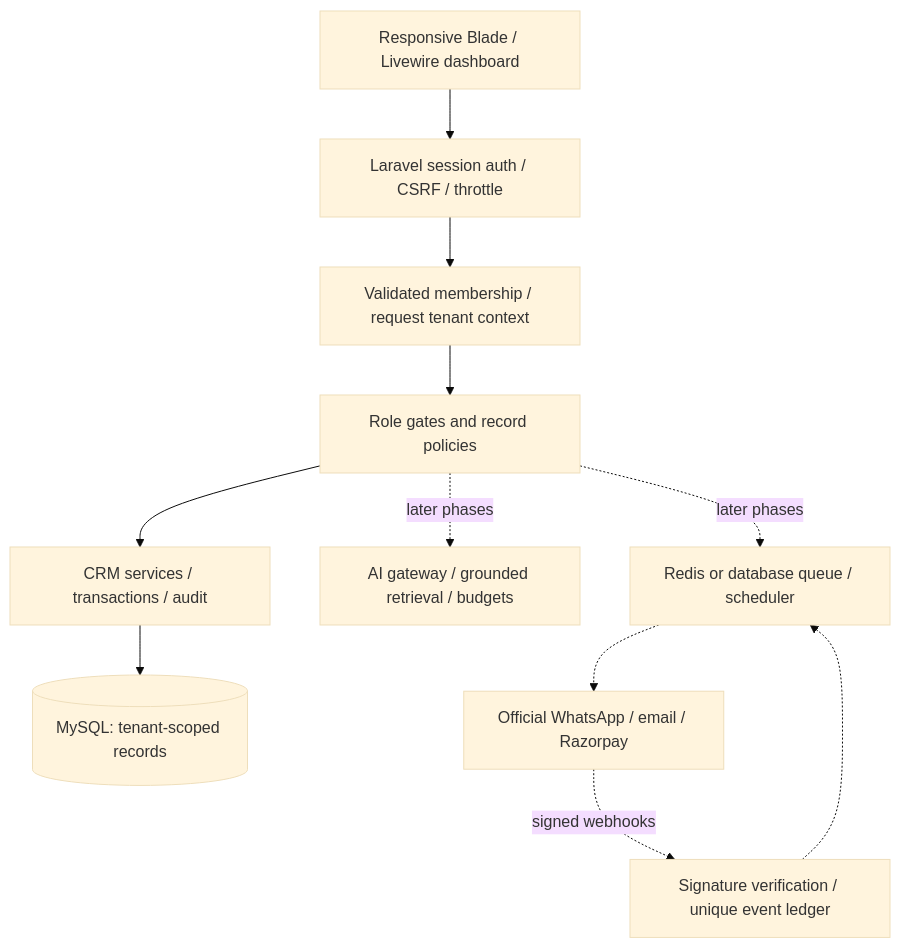
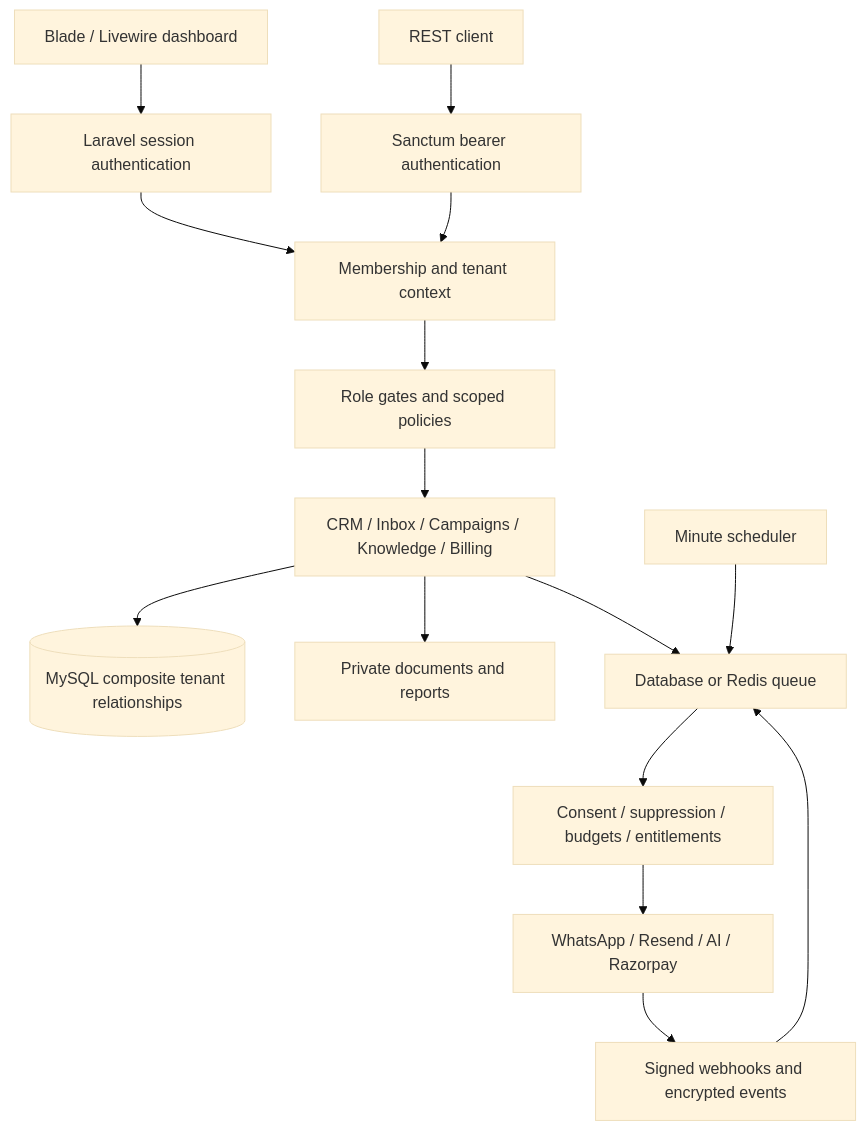
Before and after one commit to rj31portfolio/whatappai: the diagram in docs/ARCHITECTURE.md, drawn with Mermaid (base theme). The commit also changed other lines of this file and 12 other files, not shown here.

````diff
--- a/docs/ARCHITECTURE.md
+++ b/docs/ARCHITECTURE.md
@@ -7,13 +3,17 @@
 ```mermaid
 flowchart TD
-    Browser[Responsive Blade / Livewire dashboard] --> Web[Laravel session auth / CSRF / throttle]
-    Web --> Tenant[Validated membership / request tenant context]
-    Tenant --> Policy[Role gates and record policies]
-    Policy --> CRM[CRM services / transactions / audit]
-    CRM --> DB[(MySQL: tenant-scoped records)]
-    Policy -. later phases .-> Gateway[AI gateway / grounded retrieval / budgets]
-    Policy -. later phases .-> Queue[Redis or database queue / scheduler]
-    Queue -.-> Providers[Official WhatsApp / email / Razorpay]
-    Providers -. signed webhooks .-> Events[Signature verification / unique event ledger]
-    Events -.-> Queue
+    Browser[Blade / Livewire dashboard] --> Web[Laravel session authentication]
+    API[REST client] --> Token[Sanctum bearer authentication]
+    Web --> Tenant[Membership and tenant context]
+    Token --> Tenant
+    Tenant --> Policies[Role gates and scoped policies]
+    Policies --> CRM[CRM / Inbox / Campaigns / Knowledge / Billing]
+    CRM --> DB[(MySQL composite tenant relationships)]
+    CRM --> Private[Private documents and reports]
+    CRM --> Queue[Database or Redis queue]
+    Scheduler[Minute scheduler] --> Queue
+    Queue --> Checks[Consent / suppression / budgets / entitlements]
+    Checks --> Providers[WhatsApp / Resend / AI / Razorpay]
+    Providers --> Hooks[Signed webhooks and encrypted events]
+    Hooks --> Queue
 ```
````
